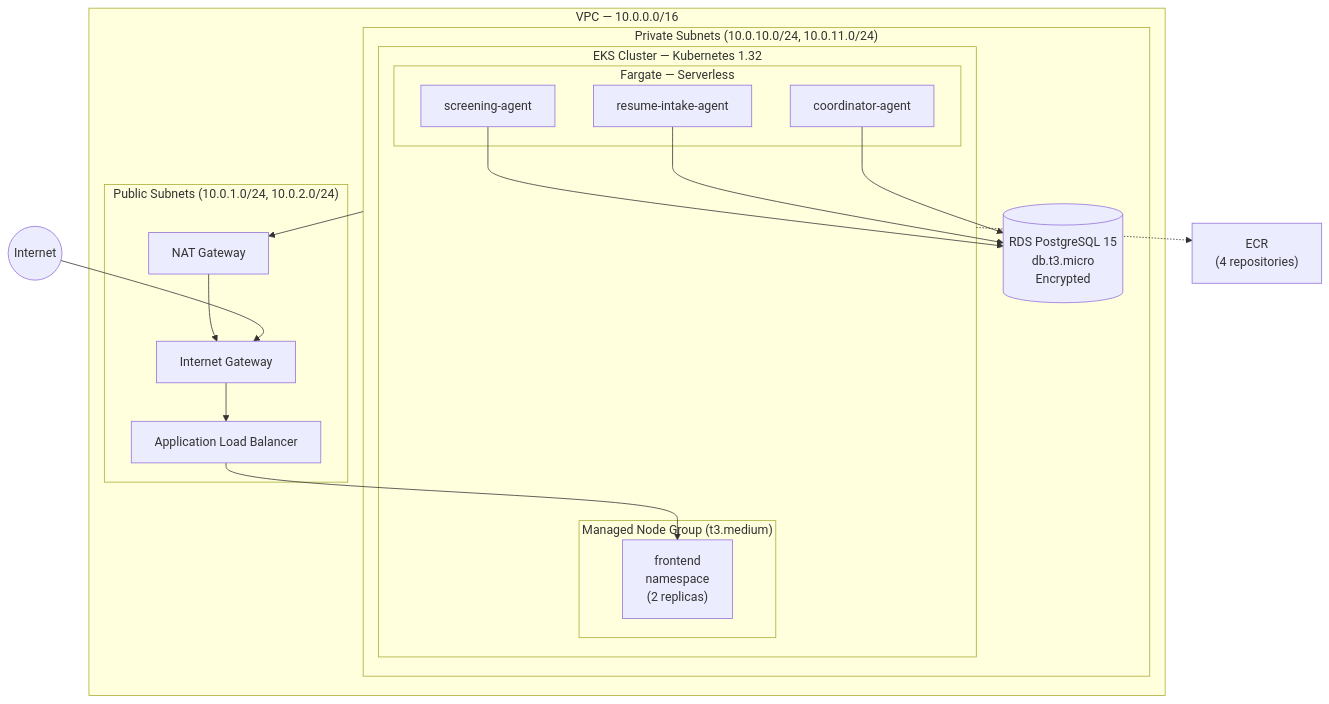
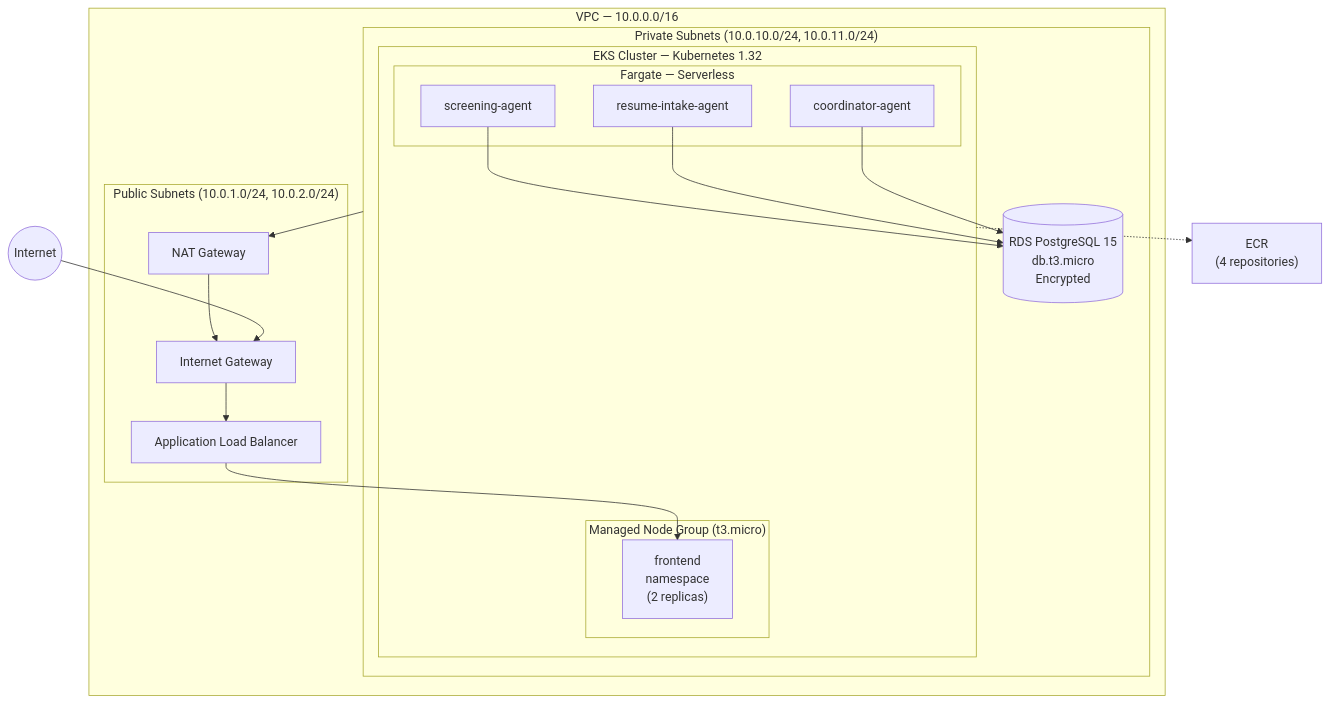
The first of 2 diagrams in infra/terraform/README.md (NUS-ISS-T20-GCAAS/agent-based-hiring-system), drawn with Mermaid before and after one commit. The commit also changed other lines of this file and 2 other files, not shown here.

````diff
--- a/infra/terraform/README.md
+++ b/infra/terraform/README.md
@@ -34,35 +37,35 @@
 ```mermaid
 graph TB
     Internet((Internet))
 
     subgraph VPC["VPC — 10.0.0.0/16"]
         subgraph PubSub["Public Subnets (10.0.1.0/24, 10.0.2.0/24)"]
             IGW[Internet Gateway]
             ALB[Application Load Balancer]
             NAT[NAT Gateway]
         end
 
         subgraph PrivSub["Private Subnets (10.0.10.0/24, 10.0.11.0/24)"]
             subgraph EKS["EKS Cluster — Kubernetes 1.32"]
-                subgraph NodeGroup["Managed Node Group (t3.medium)"]
+                subgraph NodeGroup["Managed Node Group (t3.micro)"]
                     FE["frontend<br/>namespace<br/>(2 replicas)"]
                 end
                 subgraph Fargate["Fargate — Serverless"]
                     COORD["coordinator-agent"]
                     RESUME["resume-intake-agent"]
                     SCREEN["screening-agent"]
                 end
             end
             RDS[("RDS PostgreSQL 15<br/>db.t3.micro<br/>Encrypted")]
         end
     end
 
     ECR["ECR<br/>(4 repositories)"]
 
     Internet --> IGW --> ALB --> FE
     COORD --> RDS
     RESUME --> RDS
     SCREEN --> RDS
     PrivSub --> NAT --> IGW
     EKS -.-> ECR
 ```
````
